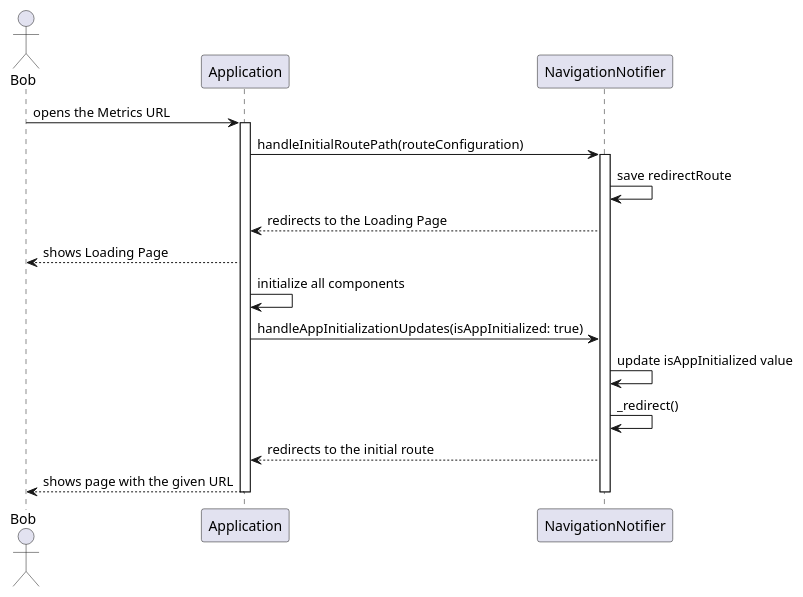
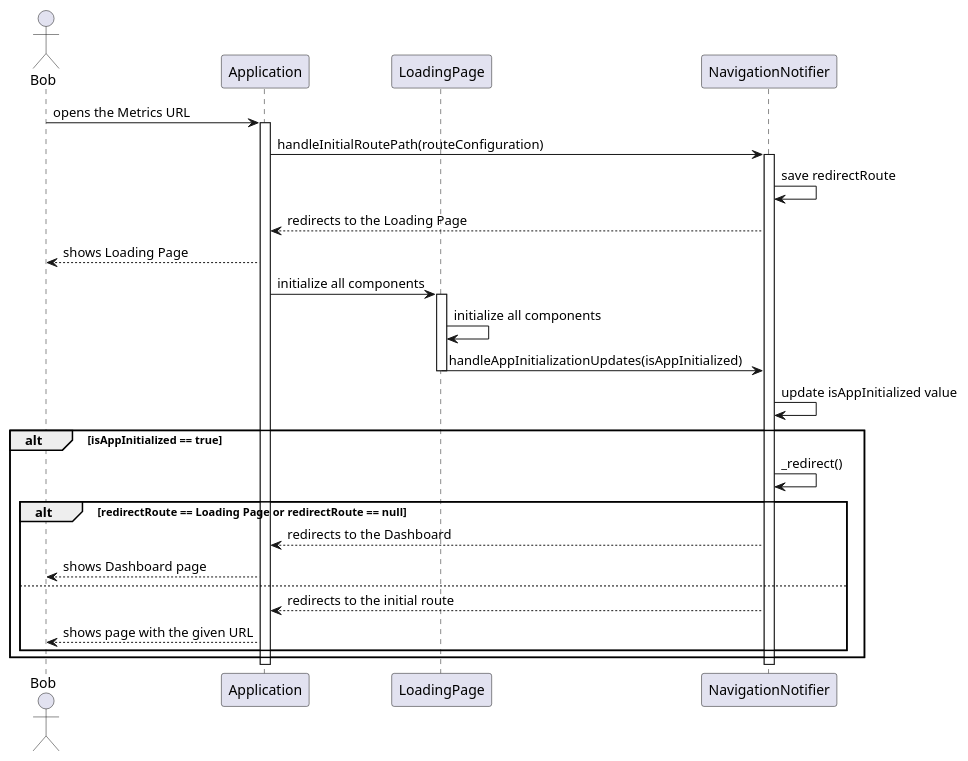
The diagram in metrics/web/docs/features/navigation/diagrams/not_initialized_app_navigation_sequence_diagram.puml (Flank/flank-dashboard), drawn with PlantUML before and after one commit. The commit also changed 1 other file, not shown here.

Commit message:
Improve sequence diagram

```diff
--- a/metrics/web/docs/features/navigation/diagrams/not_initialized_app_navigation_sequence_diagram.puml
+++ b/metrics/web/docs/features/navigation/diagrams/not_initialized_app_navigation_sequence_diagram.puml
@@ -1,36 +1,50 @@
 @startuml not_initialized_app_navigation_sequence_diagram.puml
 
 actor Bob
 
 participant Application
+
+participant LoadingPage
 
 participant NavigationNotifier
 
 Bob -> Application : opens the Metrics URL
 activate Application
 
 Application -> NavigationNotifier : handleInitialRoutePath(routeConfiguration)
 activate NavigationNotifier
 
 NavigationNotifier -> NavigationNotifier : save redirectRoute
 
 NavigationNotifier --> Application : redirects to the Loading Page
 
 Application --> Bob : shows Loading Page
 
-Application -> Application : initialize all components
+Application -> LoadingPage : initialize all components
 
-Application -> NavigationNotifier : handleAppInitializationUpdates(isAppInitialized: true)
+activate LoadingPage
+
+LoadingPage -> LoadingPage : initialize all components
+
+LoadingPage -> NavigationNotifier : handleAppInitializationUpdates(isAppInitialized)
+
+deactivate LoadingPage
 
 NavigationNotifier -> NavigationNotifier : update isAppInitialized value
 
-NavigationNotifier -> NavigationNotifier : _redirect()
+alt isAppInitialized == true
+    NavigationNotifier -> NavigationNotifier : _redirect()
 
-NavigationNotifier --> Application : redirects to the initial route
-
-Application --> Bob : shows page with the given URL
+    alt redirectRoute == Loading Page or redirectRoute == null
+        NavigationNotifier --> Application : redirects to the Dashboard
+        Application --> Bob : shows Dashboard page
+    else
+        NavigationNotifier --> Application : redirects to the initial route
+        Application --> Bob : shows page with the given URL
+    end
+end
 
 deactivate NavigationNotifier
 deactivate Application
 
 @enduml
```
